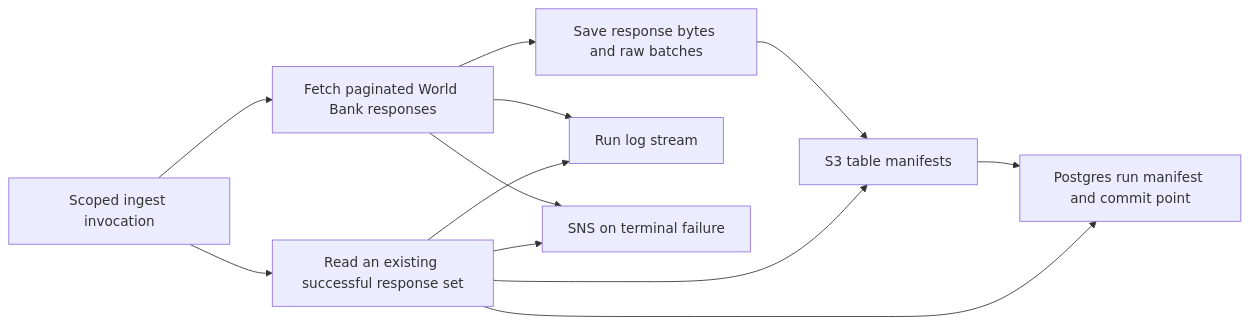
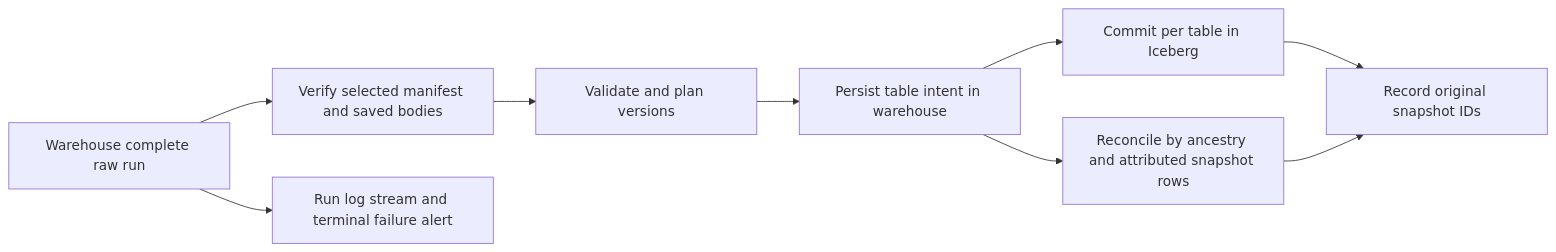
One commit to gsanchez2141/world-bank-poc changed the diagram in IMPLEMENTATION_CONTRACT.md. Above: the diagram before and after it, drawn with Mermaid. The commit also changed other lines of this file and 17 other files, not shown here.

Commit message:
feat(stage): version World Bank data in Iceberg

````diff
--- a/IMPLEMENTATION_CONTRACT.md
+++ b/IMPLEMENTATION_CONTRACT.md
@@ -55,14 +52,11 @@
 ```mermaid
 flowchart LR
-    Input[Scoped ingest invocation] --> Extract[Fetch paginated World Bank responses]
-    Input --> Replay[Read an existing successful response set]
-    Extract --> Raw[Save response bytes and raw batches]
-    Raw --> S3[S3 table manifests]
-    S3 --> SQL[Postgres run manifest and commit point]
-    Replay --> S3
-    Replay --> SQL
-    Extract --> Logs[Run log stream]
-    Replay --> Logs
-    Extract --> Alerts[SNS on terminal failure]
-    Replay --> Alerts
+    Run[Warehouse complete raw run] --> Raw[Verify selected manifest and saved bodies]
+    Raw --> Plan[Validate and plan versions]
+    Plan --> Intent[Persist table intent in warehouse]
+    Intent --> Ice[Commit per table in Iceberg]
+    Ice --> Publish[Record original snapshot IDs]
+    Intent --> Recover[Reconcile by ancestry and attributed snapshot rows]
+    Recover --> Publish
+    Run --> Logs[Run log stream and terminal failure alert]
 ```
````
